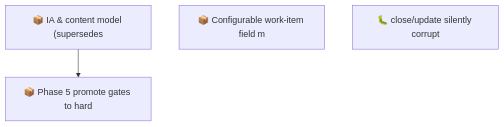
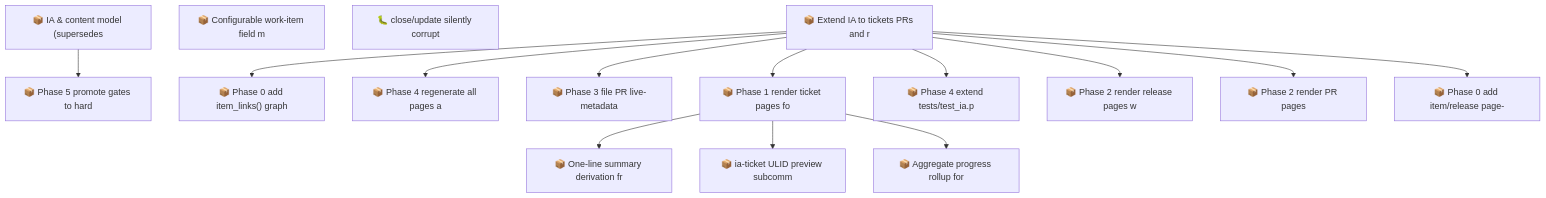
One commit to SpillwaveSolutions/wiki_ticket_sdd changed the second of 2 diagrams in docs/roadmap.md. Above: the diagram before and after it, drawn with Mermaid. The commit also changed other lines of this file and 10 other files, not shown here.

First line of the commit message:
chore(worklog): capture artifact-pages plan (epic 01KYABYEQP8ANXGYPBCV2T20D8)

````diff
--- a/docs/roadmap.md
+++ b/docs/roadmap.md
@@ -66,8 +112,31 @@
 ```mermaid
 graph TD
     01KY5G9ZW0H2YMNWDFJYGRPYE5["📦 IA & content model (supersedes"]
     01KY5G9ZW0RABXWHEMEP1FAV2G["📦 Phase 5 promote gates to hard"]
     01KY5NE0ZYGBWG44N0KPEBFCZ8["📦 Configurable work-item field m"]
     01KYA99TVCGX79HFNHN1DVT7Y6["🐛 close/update silently corrupt"]
+    01KYABYEQP3YCB9AVHRPCTCMRS["📦 Phase 0 add item_links() graph"]
+    01KYABYEQP8ANXGYPBCV2T20D8["📦 Extend IA to tickets PRs and r"]
+    01KYABYEQP9FDY8THDV79F324G["📦 One-line summary derivation fr"]
+    01KYABYEQPAFJM7WC3XZV6YY76["📦 ia-ticket ULID preview subcomm"]
+    01KYABYEQPDS2VFQKQ7B6YXZVR["📦 Phase 4 regenerate all pages a"]
+    01KYABYEQPF8N2K26ENRKREE0W["📦 Phase 3 file PR live-metadata"]
+    01KYABYEQPK6PV87WNZXEYRB12["📦 Phase 1 render ticket pages fo"]
+    01KYABYEQPNK7HHH5CMAR2V1JG["📦 Phase 4 extend tests/test_ia.p"]
+    01KYABYEQPP82DJEN19F43YRAE["📦 Phase 2 render release pages w"]
+    01KYABYEQPRM8308SYFPR8X437["📦 Aggregate progress rollup for"]
+    01KYABYEQPW8Q2RGGTNP71W88E["📦 Phase 2 render PR pages"]
+    01KYABYEQPXZAAY0VWF6Z8TQ27["📦 Phase 0 add item/release page-"]
     01KY5G9ZW0H2YMNWDFJYGRPYE5 --> 01KY5G9ZW0RABXWHEMEP1FAV2G
+    01KYABYEQP8ANXGYPBCV2T20D8 --> 01KYABYEQP3YCB9AVHRPCTCMRS
+    01KYABYEQPK6PV87WNZXEYRB12 --> 01KYABYEQP9FDY8THDV79F324G
+    01KYABYEQPK6PV87WNZXEYRB12 --> 01KYABYEQPAFJM7WC3XZV6YY76
+    01KYABYEQP8ANXGYPBCV2T20D8 --> 01KYABYEQPDS2VFQKQ7B6YXZVR
+    01KYABYEQP8ANXGYPBCV2T20D8 --> 01KYABYEQPF8N2K26ENRKREE0W
+    01KYABYEQP8ANXGYPBCV2T20D8 --> 01KYABYEQPK6PV87WNZXEYRB12
+    01KYABYEQP8ANXGYPBCV2T20D8 --> 01KYABYEQPNK7HHH5CMAR2V1JG
+    01KYABYEQP8ANXGYPBCV2T20D8 --> 01KYABYEQPP82DJEN19F43YRAE
+    01KYABYEQPK6PV87WNZXEYRB12 --> 01KYABYEQPRM8308SYFPR8X437
+    01KYABYEQP8ANXGYPBCV2T20D8 --> 01KYABYEQPW8Q2RGGTNP71W88E
+    01KYABYEQP8ANXGYPBCV2T20D8 --> 01KYABYEQPXZAAY0VWF6Z8TQ27
 ```
````
